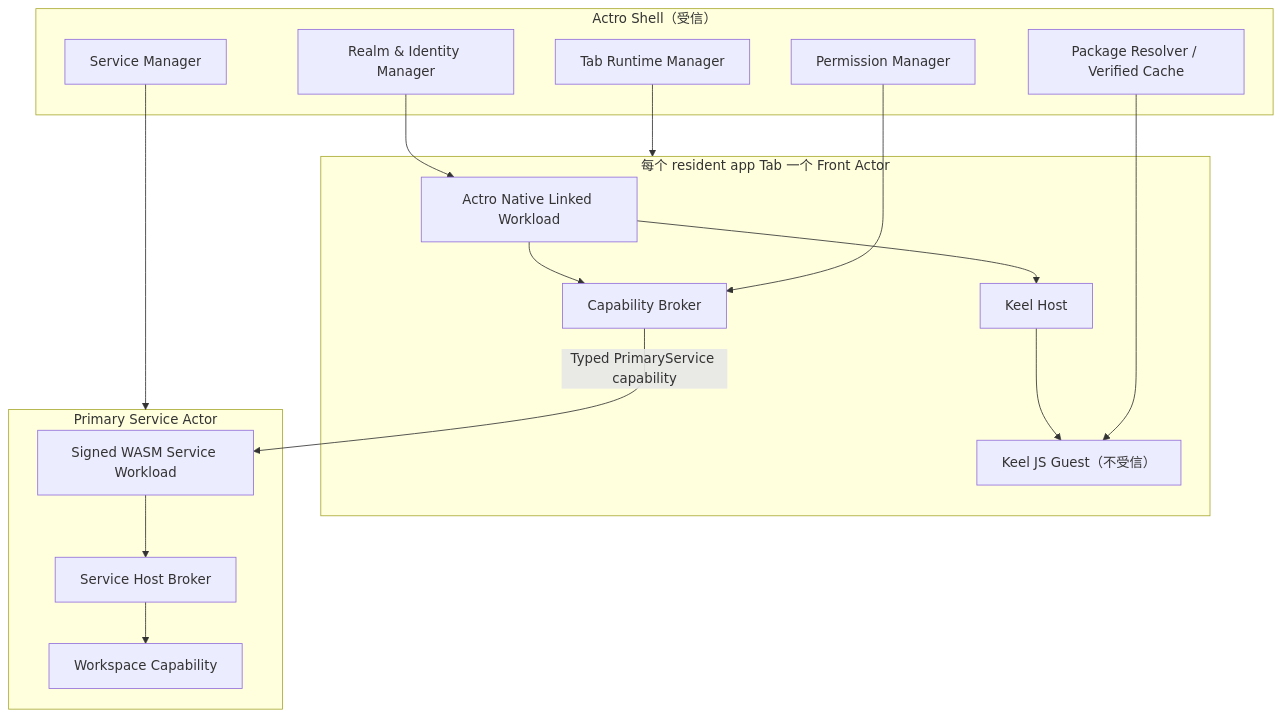
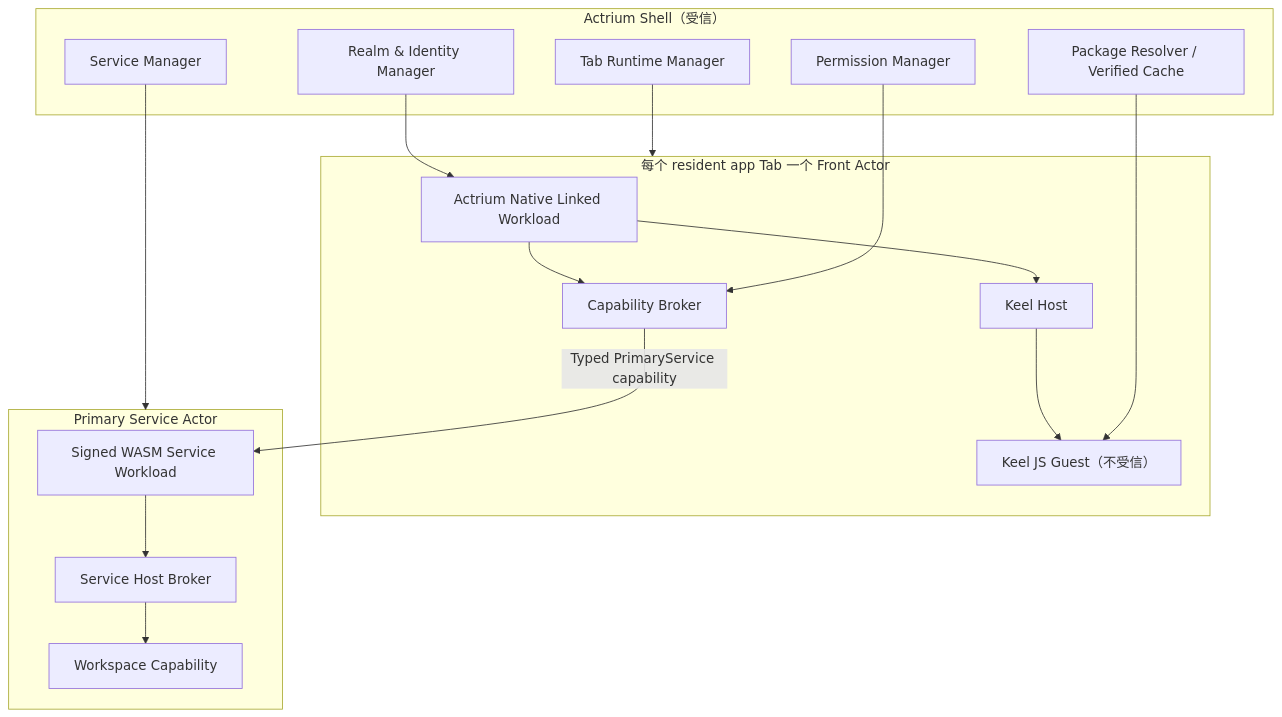
The diagram in docs/product/actrium-v1/06-runtime-and-protocol.zh.md (Actrium/actrium), drawn with Mermaid before and after one commit. The commit also changed other lines of this file and 999 other files, not shown here.

````diff
--- a/docs/product/actrium-v1/06-runtime-and-protocol.zh.md
+++ b/docs/product/actrium-v1/06-runtime-and-protocol.zh.md
@@ -5,35 +5,35 @@
 ```mermaid
 flowchart TB
-    subgraph Shell["Actro Shell（受信）"]
+    subgraph Shell["Actrium Shell（受信）"]
         TRM["Tab Runtime Manager"]
         PR["Package Resolver / Verified Cache"]
         PM["Permission Manager"]
         RM["Realm & Identity Manager"]
         SM["Service Manager"]
     end
 
     subgraph Front["每个 resident app Tab 一个 Front Actor"]
-        NW["Actro Native Linked Workload"]
+        NW["Actrium Native Linked Workload"]
         RH["Keel Host"]
         CB["Capability Broker"]
         RG["Keel JS Guest（不受信）"]
         NW --> RH
         RH --> RG
         NW --> CB
     end
 
     subgraph Service["Primary Service Actor"]
         SW["Signed WASM Service Workload"]
         SB["Service Host Broker"]
         WS["Workspace Capability"]
         SW --> SB
         SB --> WS
     end
 
     TRM --> Front
     PR --> RG
     PM --> CB
     RM --> NW
     SM --> Service
     CB -->|"Typed PrimaryService capability"| SW
 ```
````
